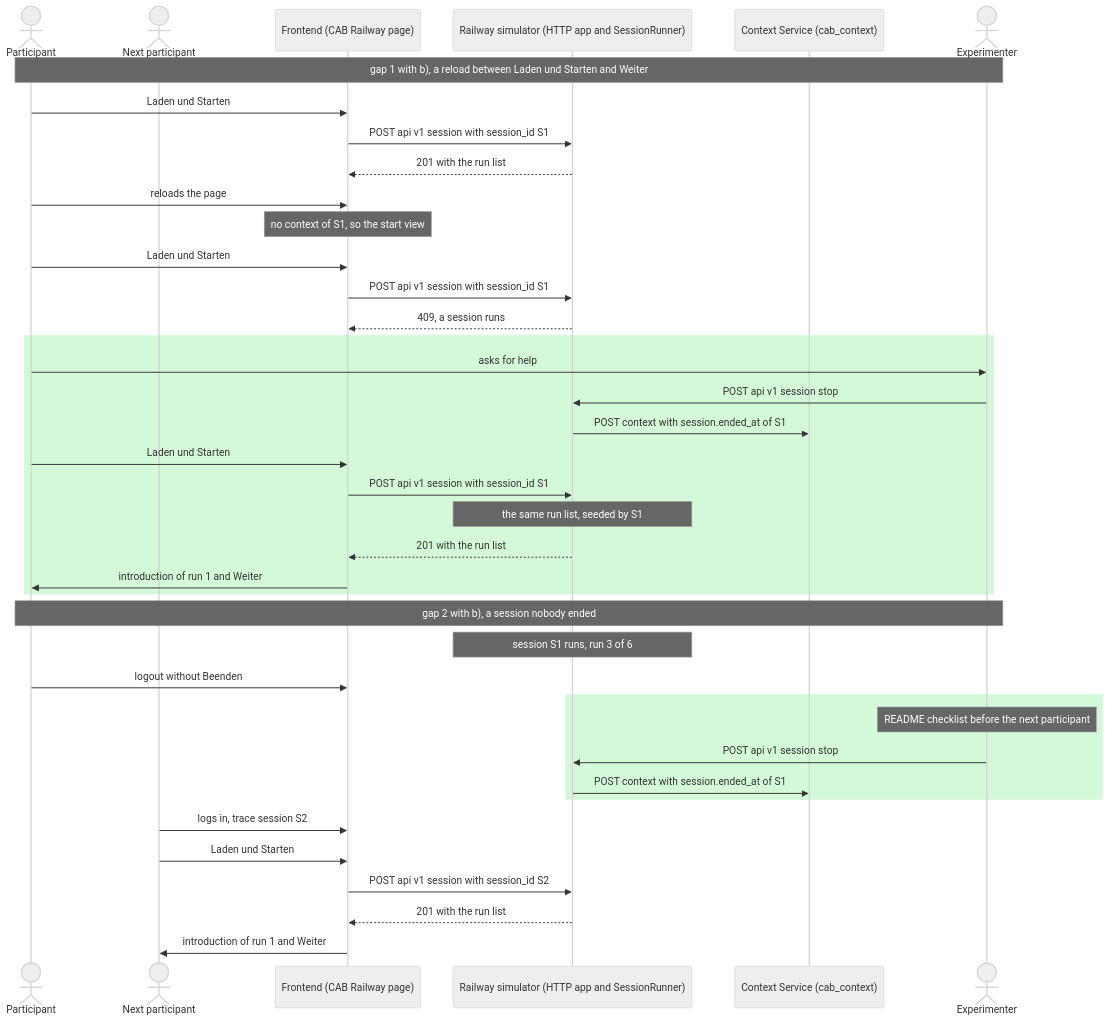
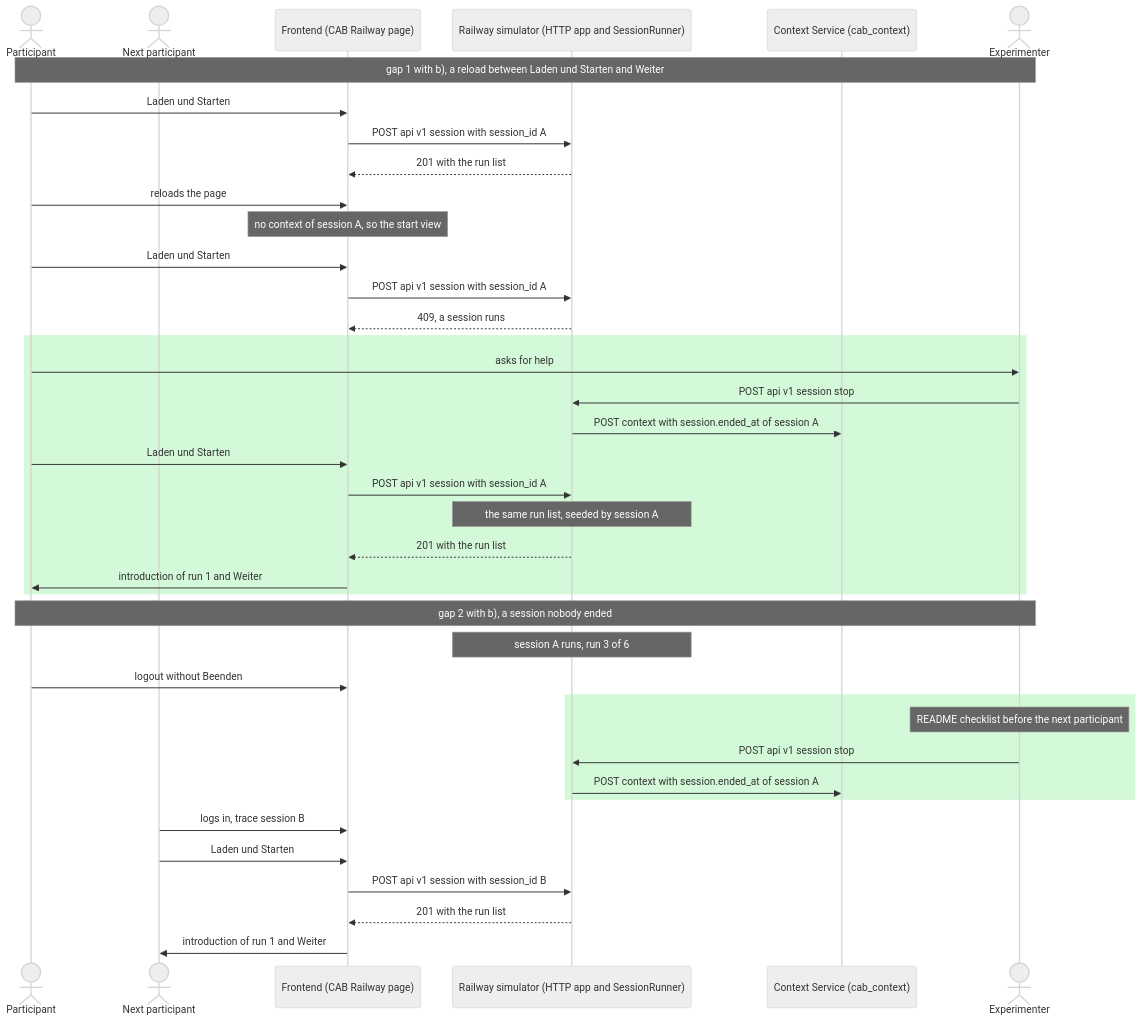
Diagram 15 of 19 in docs/plans/railway-use-case.md (ainetus/InteractiveAI), drawn with Mermaid (neutral theme) before and after one commit. The commit also changed other lines of this file, not shown here.

````diff
--- a/docs/plans/railway-use-case.md
+++ b/docs/plans/railway-use-case.md
@@ -2553,41 +2553,41 @@
     ```mermaid
     sequenceDiagram
         actor P as Participant
         actor P2 as Next participant
         participant FE as Frontend (CAB Railway page)
         participant Sim as Railway simulator (HTTP app and SessionRunner)
         participant Ctx as Context Service (cab_context)
         actor Exp as Experimenter
         Note over P,Exp: gap 1 with b), a reload between Laden und Starten and Weiter
         P->>FE: Laden und Starten
-        FE->>Sim: POST api v1 session with session_id S1
+        FE->>Sim: POST api v1 session with session_id A
         Sim-->>FE: 201 with the run list
         P->>FE: reloads the page
-        Note over FE: no context of S1, so the start view
+        Note over FE: no context of session A, so the start view
         P->>FE: Laden und Starten
-        FE->>Sim: POST api v1 session with session_id S1
+        FE->>Sim: POST api v1 session with session_id A
         Sim-->>FE: 409, a session runs
         rect rgb(211, 249, 216)
         P->>Exp: asks for help
         Exp->>Sim: POST api v1 session stop
-        Sim->>Ctx: POST context with session.ended_at of S1
+        Sim->>Ctx: POST context with session.ended_at of session A
         P->>FE: Laden und Starten
-        FE->>Sim: POST api v1 session with session_id S1
-        Note over Sim: the same run list, seeded by S1
+        FE->>Sim: POST api v1 session with session_id A
+        Note over Sim: the same run list, seeded by session A
         Sim-->>FE: 201 with the run list
         FE->>P: introduction of run 1 and Weiter
         end
         Note over P,Exp: gap 2 with b), a session nobody ended
-        Note over Sim: session S1 runs, run 3 of 6
+        Note over Sim: session A runs, run 3 of 6
         P->>FE: logout without Beenden
         rect rgb(211, 249, 216)
         Note over Exp: README checklist before the next participant
         Exp->>Sim: POST api v1 session stop
-        Sim->>Ctx: POST context with session.ended_at of S1
+        Sim->>Ctx: POST context with session.ended_at of session A
         end
-        P2->>FE: logs in, trace session S2
+        P2->>FE: logs in, trace session B
         P2->>FE: Laden und Starten
-        FE->>Sim: POST api v1 session with session_id S2
+        FE->>Sim: POST api v1 session with session_id B
         Sim-->>FE: 201 with the run list
         FE->>P2: introduction of run 1 and Weiter
     ```
````
